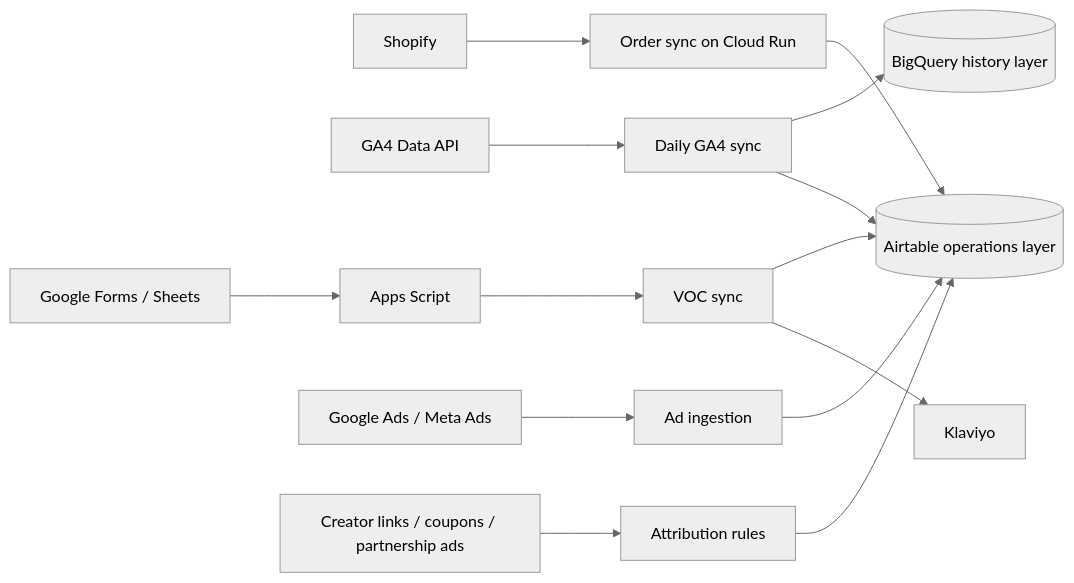
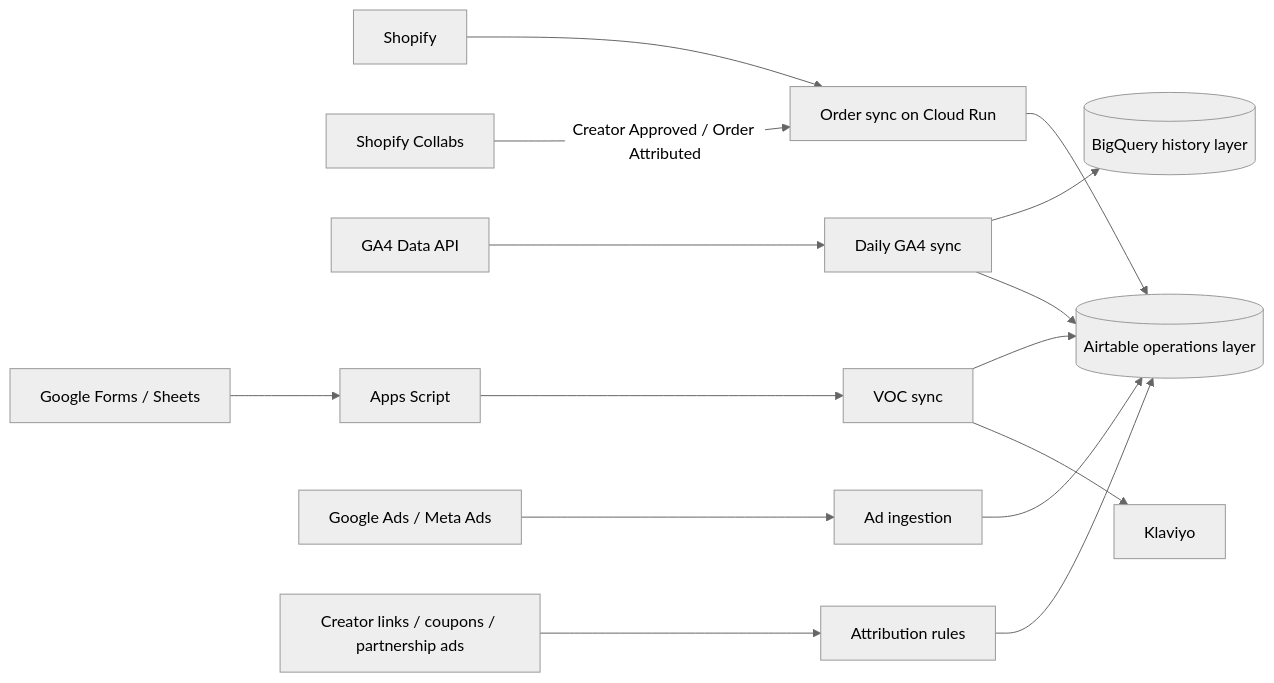
Before and after one commit to vincentwang752-gif/commerce-operations-data-hub-gcp: the diagram in README.md, drawn with Mermaid (neutral theme). The commit also changed other lines of this file and 2 other files, not shown here.

Commit message:
Document Shopify Collabs production sync

````diff
--- a/README.md
+++ b/README.md
@@ -11,15 +11,16 @@
 ```mermaid
 flowchart LR
     Shopify --> OrderSync[Order sync on Cloud Run]
+    Collabs[Shopify Collabs] -->|Creator Approved / Order Attributed| OrderSync
     GA4[GA4 Data API] --> GA4Sync[Daily GA4 sync]
     Forms[Google Forms / Sheets] --> Apps[Apps Script] --> VOC[VOC sync]
     Ads[Google Ads / Meta Ads] --> AdJobs[Ad ingestion]
     Creators[Creator links / coupons / partnership ads] --> Attribution[Attribution rules]
     OrderSync --> Airtable[(Airtable operations layer)]
     GA4Sync --> BigQuery[(BigQuery history layer)]
     GA4Sync --> Airtable
     VOC --> Airtable
     VOC --> Klaviyo
     AdJobs --> Airtable
     Attribution --> Airtable
 ```
````
